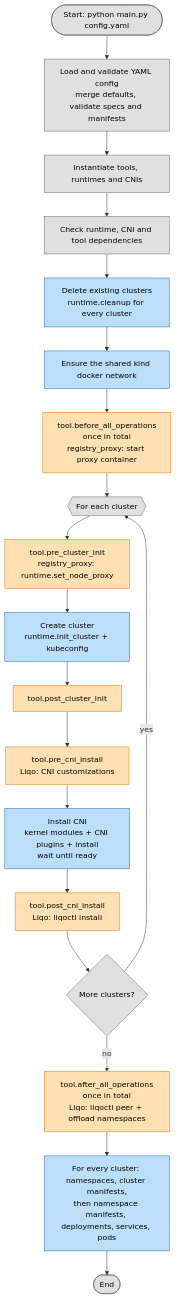
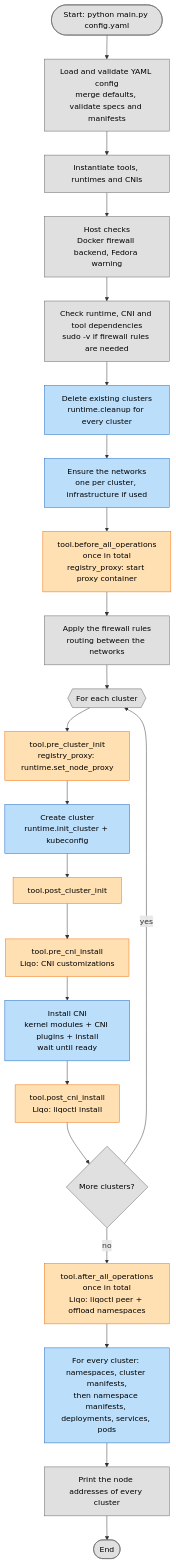
Before and after one commit to riccardotornesello/kubernetes-testbench: the diagram in docs/development.md, drawn with Mermaid. The commit also changed other lines of this file and 24 other files, not shown here.

````diff
--- a/docs/development.md
+++ b/docs/development.md
@@ -137,31 +143,34 @@
 ```mermaid
 flowchart TD
     A([Start: python main.py config.yaml]) --> B[Load and validate YAML config<br/>merge defaults, validate specs and manifests]
     B --> C[Instantiate tools, runtimes and CNIs]
-    C --> D[Check runtime, CNI and tool dependencies]
+    C --> C2[Host checks<br/>Docker firewall backend, Fedora warning]
+    C2 --> D[Check runtime, CNI and tool dependencies<br/>sudo -v if firewall rules are needed]
     D --> E[Delete existing clusters<br/>runtime.cleanup for every cluster]
-    E --> E2[Ensure the shared kind docker network]
+    E --> E2[Ensure the networks<br/>one per cluster, infrastructure if used]
     E2 --> F[tool.before_all_operations<br/>once in total<br/>registry_proxy: start proxy container]
+    F --> F2[Apply the firewall rules<br/>routing between the networks]
 
-    F --> L{{For each cluster}}
+    F2 --> L{{For each cluster}}
     L --> H[tool.pre_cluster_init<br/>registry_proxy: runtime.set_node_proxy]
     H --> I[Create cluster<br/>runtime.init_cluster + kubeconfig]
     I --> J[tool.post_cluster_init]
     J --> J2[tool.pre_cni_install<br/>Liqo: CNI customizations]
     J2 --> K[Install CNI<br/>kernel modules + CNI plugins + install<br/>wait until ready]
     K --> M[tool.post_cni_install<br/>Liqo: liqoctl install]
     M --> N{More clusters?}
     N -- yes --> L
     N -- no --> O[tool.after_all_operations<br/>once in total<br/>Liqo: liqoctl peer + offload namespaces]
 
     O --> P[For every cluster: namespaces, cluster manifests,<br/>then namespace manifests, deployments, services, pods]
-    P --> Q([End])
+    P --> R[Print the node addresses of every cluster]
+    R --> Q([End])
 
     classDef internal fill:#e0e0e0,stroke:#616161,color:#000
     classDef k8s fill:#bbdefb,stroke:#1565c0,color:#000
     classDef tool fill:#ffe0b2,stroke:#ef6c00,color:#000
 
-    class A,B,C,D,L,N,Q internal
+    class A,B,C,C2,D,F2,L,N,R,Q internal
     class E,E2,I,K,P k8s
     class F,H,J,J2,M,O tool
 ```
````
